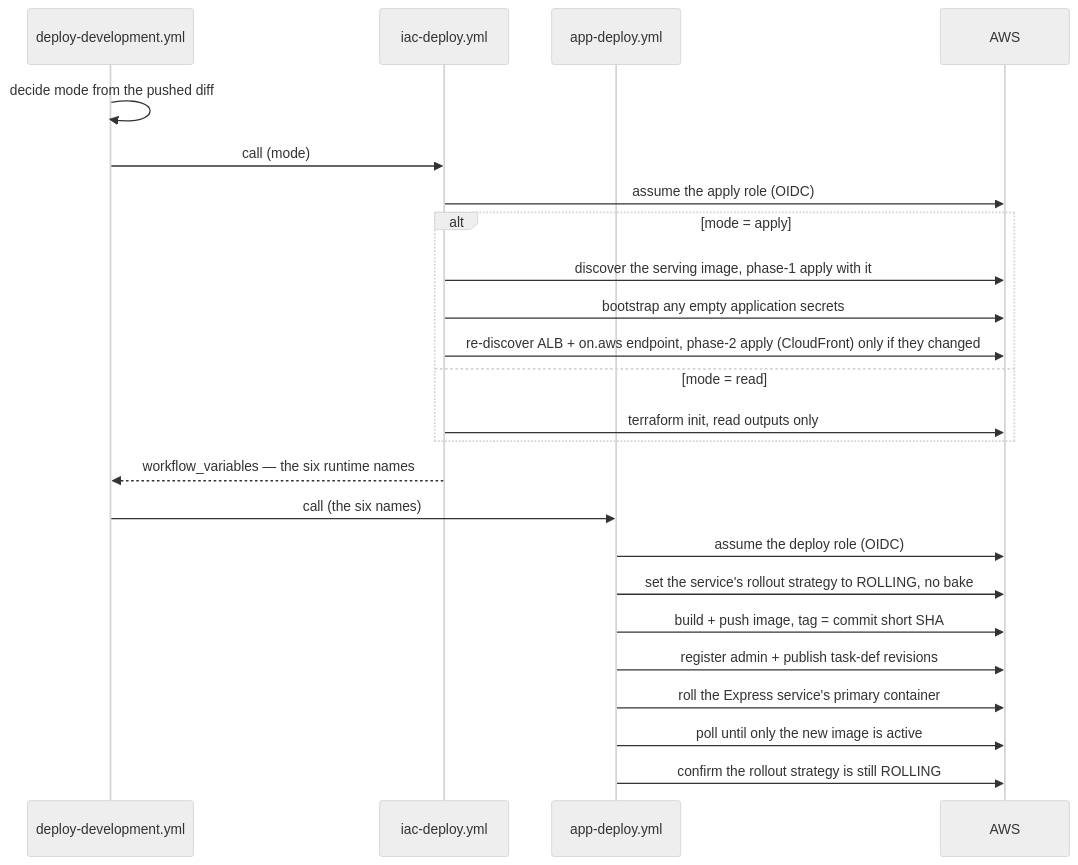
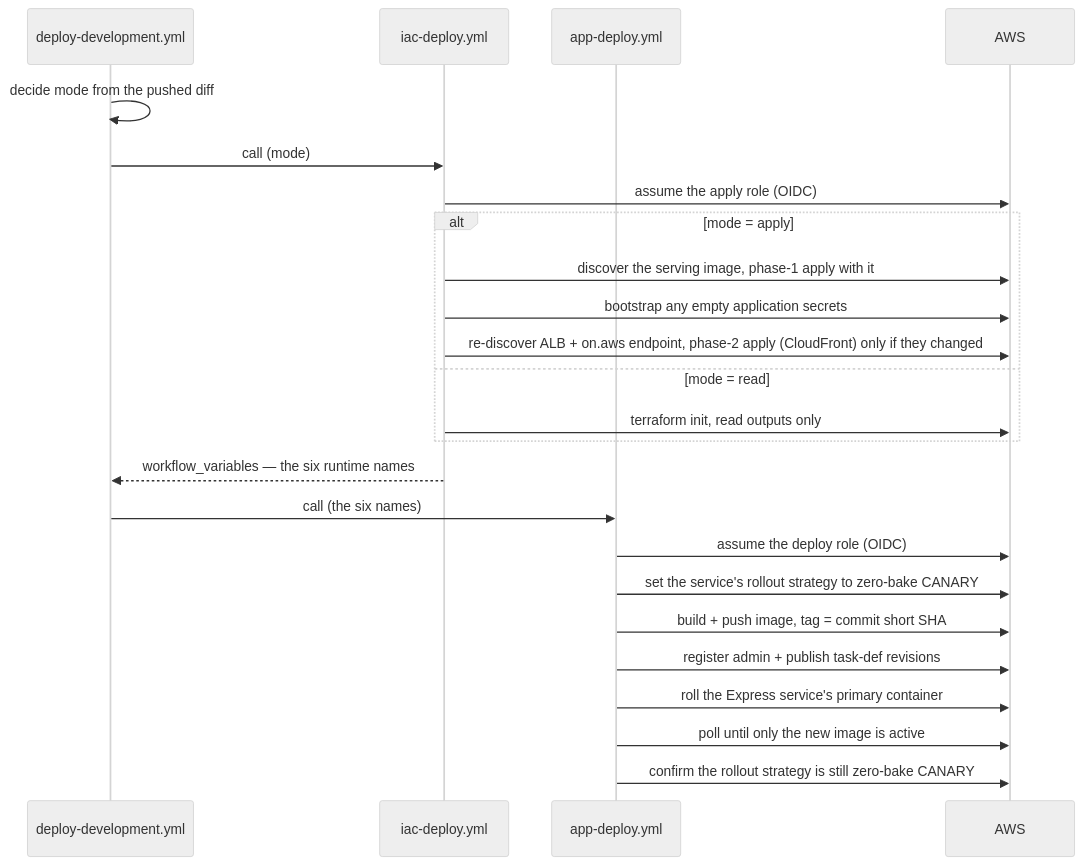
Before and after one commit to NASA-IMPACT/MMGIS: the first of 2 diagrams in docs/infrastructure/pipelines.md, drawn with Mermaid (neutral theme). The commit also changed other lines of this file and 2 other files, not shown here.

Commit message:
Set the admin service's rollout strategy to zero-bake CANARY instead of ROLLING

````diff
--- a/docs/infrastructure/pipelines.md
+++ b/docs/infrastructure/pipelines.md
@@ -39,27 +39,27 @@
 ```mermaid
 sequenceDiagram
     participant T as deploy-development.yml
     participant I as iac-deploy.yml
     participant A as app-deploy.yml
     participant AWS as AWS
 
     T->>T: decide mode from the pushed diff
     T->>I: call (mode)
     I->>AWS: assume the apply role (OIDC)
     alt mode = apply
         I->>AWS: discover the serving image, phase-1 apply with it
         I->>AWS: bootstrap any empty application secrets
         I->>AWS: re-discover ALB + on.aws endpoint, phase-2 apply (CloudFront) only if they changed
     else mode = read
         I->>AWS: terraform init, read outputs only
     end
     I-->>T: workflow_variables — the six runtime names
     T->>A: call (the six names)
     A->>AWS: assume the deploy role (OIDC)
-    A->>AWS: set the service's rollout strategy to ROLLING, no bake
+    A->>AWS: set the service's rollout strategy to zero-bake CANARY
     A->>AWS: build + push image, tag = commit short SHA
     A->>AWS: register admin + publish task-def revisions
     A->>AWS: roll the Express service's primary container
     A->>AWS: poll until only the new image is active
-    A->>AWS: confirm the rollout strategy is still ROLLING
+    A->>AWS: confirm the rollout strategy is still zero-bake CANARY
 ```
````
